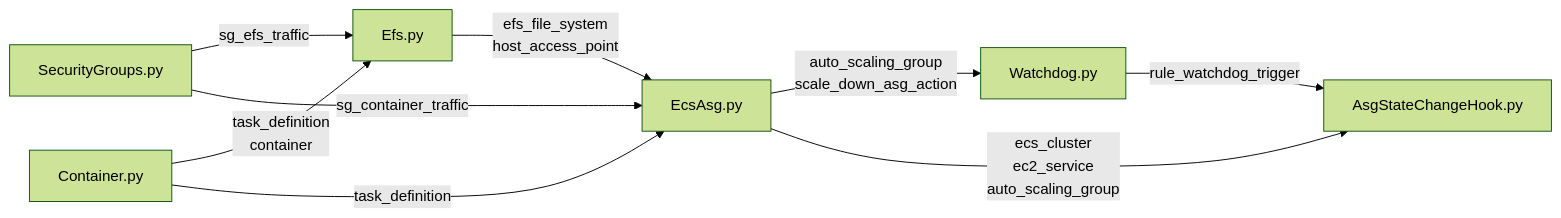
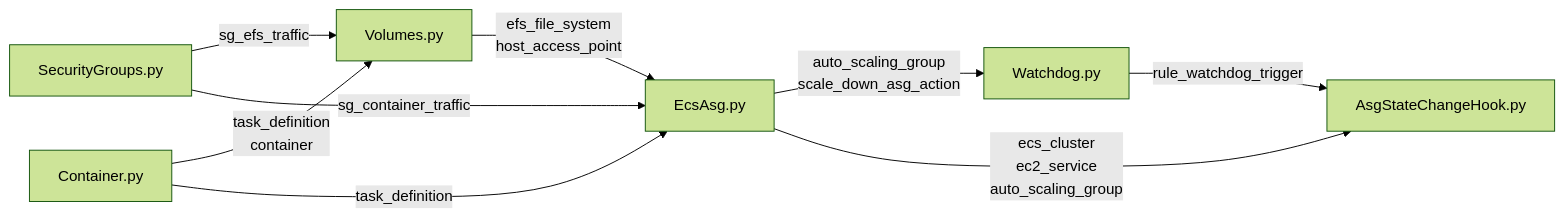
Before and after one commit to Cameronsplaze/AWS-ContainerManager: the diagram in ContainerManager/leaf_stack/NestedStacks/README.md, drawn with Mermaid (forest theme). The commit also changed other lines of this file, not shown here.

Commit message:
Updated efs to volumes, from older change

````diff
--- a/ContainerManager/leaf_stack/NestedStacks/README.md
+++ b/ContainerManager/leaf_stack/NestedStacks/README.md
@@ -7,38 +7,38 @@
 ```mermaid
 flowchart LR
     %% ID's
     SecurityGroups[SecurityGroups.py]
     Container[Container.py]
-    Efs[Efs.py]
+    Volumes[Volumes.py]
     EcsAsg[EcsAsg.py]
     Watchdog[Watchdog.py]
     AsgStateChangeHook[AsgStateChangeHook.py]
 
     %% SecurityGroups - Nothing
     %% Container - Nothing
 
-    %% Efs
-    SecurityGroups --sg_efs_traffic--> Efs
+    %% Volumes
+    SecurityGroups --sg_efs_traffic--> Volumes
     Container -- task_definition
                  container
-              --> Efs
+              --> Volumes
 
     %% EcsAsg
     Container --task_definition--> EcsAsg
     SecurityGroups --sg_container_traffic--> EcsAsg
-    Efs --  efs_file_system
+    Volumes --  efs_file_system
             host_access_point
         --> EcsAsg
 
     %% Watchdog
     EcsAsg -- auto_scaling_group
               scale_down_asg_action
            --> Watchdog
 
     %% AsgStateChangeHook
     EcsAsg -- ecs_cluster
               ec2_service
               auto_scaling_group
            --> AsgStateChangeHook
     Watchdog --rule_watchdog_trigger--> AsgStateChangeHook
 ```
````
